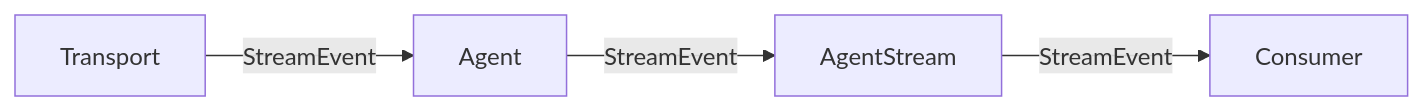
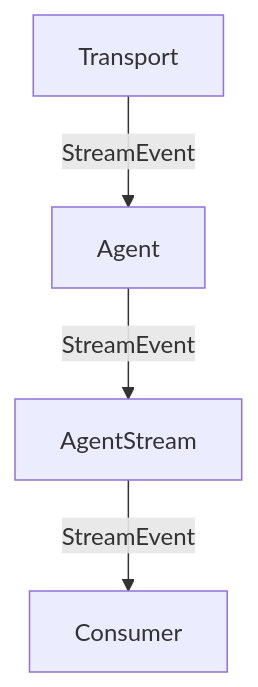
One commit to axio-agent/monorepo changed the diagram in docs/concepts/events.md. Above: the diagram before and after it, drawn with Mermaid. The commit also changed other lines of this file and 38 other files, not shown here.

````diff
--- a/docs/concepts/events.md
+++ b/docs/concepts/events.md
@@ -8,6 +8,6 @@
 ```{mermaid}
-flowchart LR
+flowchart TD
     T[Transport] -->|StreamEvent| A[Agent]
     A -->|StreamEvent| S[AgentStream]
     S -->|StreamEvent| C[Consumer]
 ```
````
